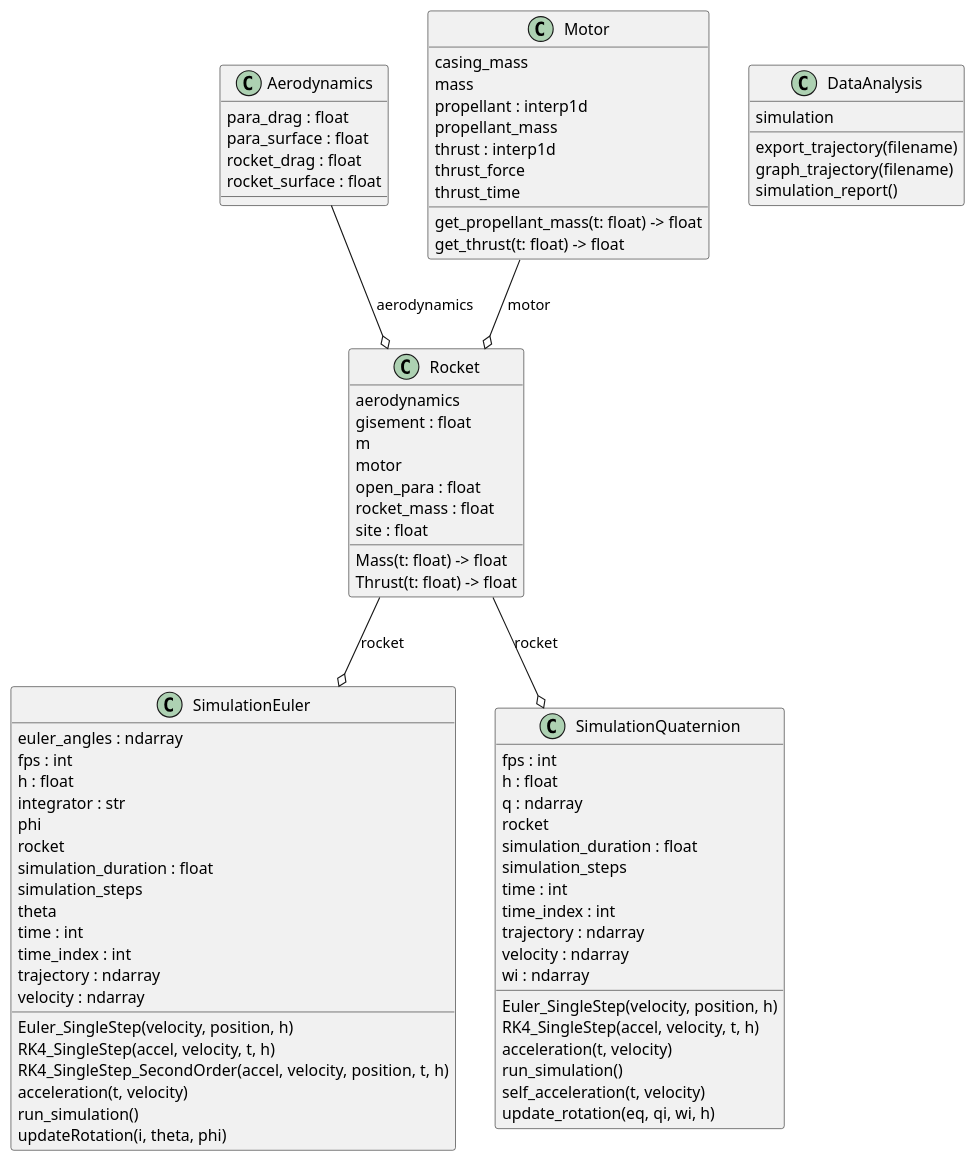
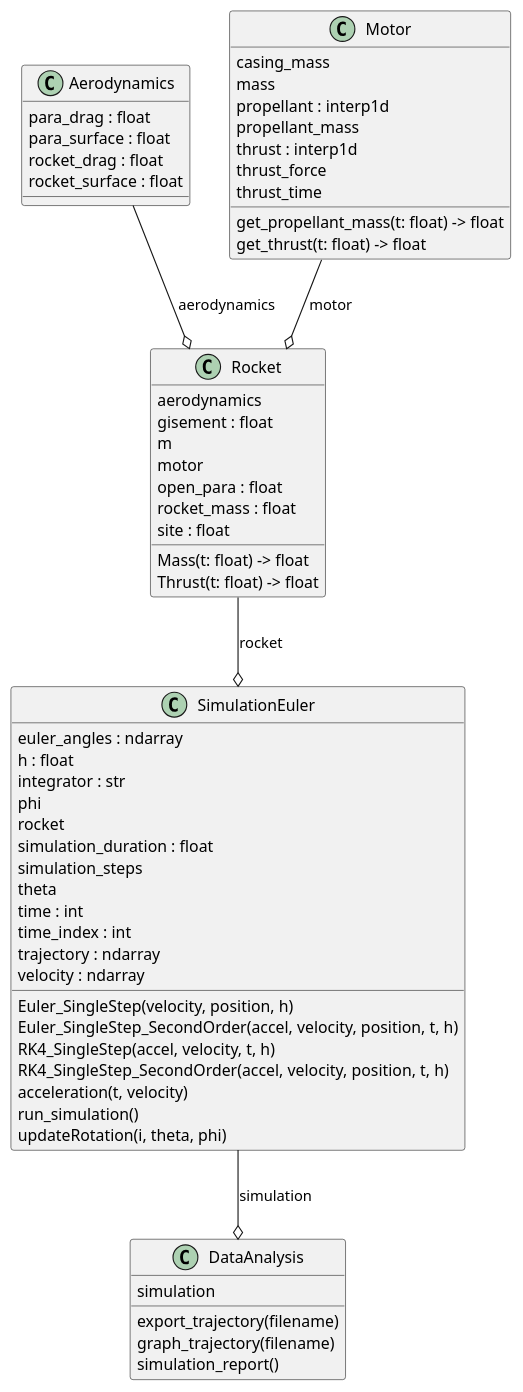
One commit to Mixcraftio/TIPE changed the diagram in Simulation/classes.puml. Above: the diagram before and after it, drawn with PlantUML. The commit also changed 2 other files, not shown here.

Commit message:
Remove quaternion simulation class and update UML

```diff
--- a/Simulation/classes.puml
+++ b/Simulation/classes.puml
@@ -1,81 +1,62 @@
 @startuml classes
 set namespaceSeparator none
 class "Aerodynamics" as simulation.Aerodynamics {
   para_drag : float
   para_surface : float
   rocket_drag : float
   rocket_surface : float
 }
 class "DataAnalysis" as simulation.DataAnalysis {
   simulation
   export_trajectory(filename)
   graph_trajectory(filename)
   simulation_report()
 }
 class "Motor" as simulation.Motor {
   casing_mass
   mass
   propellant : interp1d
   propellant_mass
   thrust : interp1d
   thrust_force
   thrust_time
   get_propellant_mass(t: float) -> float
   get_thrust(t: float) -> float
 }
 class "Rocket" as simulation.Rocket {
   aerodynamics
   gisement : float
   m
   motor
   open_para : float
   rocket_mass : float
   site : float
   Mass(t: float) -> float
   Thrust(t: float) -> float
 }
 class "SimulationEuler" as simulation.SimulationEuler {
   euler_angles : ndarray
-  fps : int
   h : float
   integrator : str
   phi
   rocket
   simulation_duration : float
   simulation_steps
   theta
   time : int
   time_index : int
   trajectory : ndarray
   velocity : ndarray
   Euler_SingleStep(velocity, position, h)
+  Euler_SingleStep_SecondOrder(accel, velocity, position, t, h)
   RK4_SingleStep(accel, velocity, t, h)
   RK4_SingleStep_SecondOrder(accel, velocity, position, t, h)
   acceleration(t, velocity)
   run_simulation()
   updateRotation(i, theta, phi)
 }
-class "SimulationQuaternion" as simulation.SimulationQuaternion {
-  fps : int
-  h : float
-  q : ndarray
-  rocket
-  simulation_duration : float
-  simulation_steps
-  time : int
-  time_index : int
-  trajectory : ndarray
-  velocity : ndarray
-  wi : ndarray
-  Euler_SingleStep(velocity, position, h)
-  RK4_SingleStep(accel, velocity, t, h)
-  acceleration(t, velocity)
-  run_simulation()
-  self_acceleration(t, velocity)
-  update_rotation(eq, qi, wi, h)
-}
 simulation.Aerodynamics --o simulation.Rocket : aerodynamics
 simulation.Motor --o simulation.Rocket : motor
 simulation.Rocket --o simulation.SimulationEuler : rocket
-simulation.Rocket --o simulation.SimulationQuaternion : rocket
+simulation.SimulationEuler --o simulation.DataAnalysis : simulation
 @enduml
```
